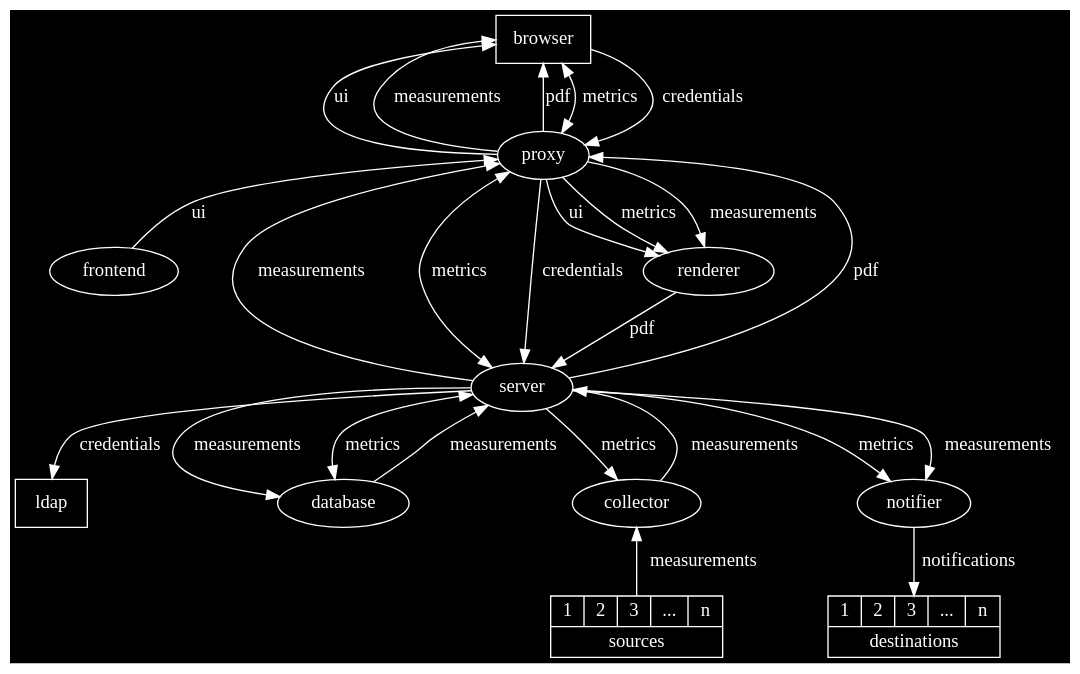
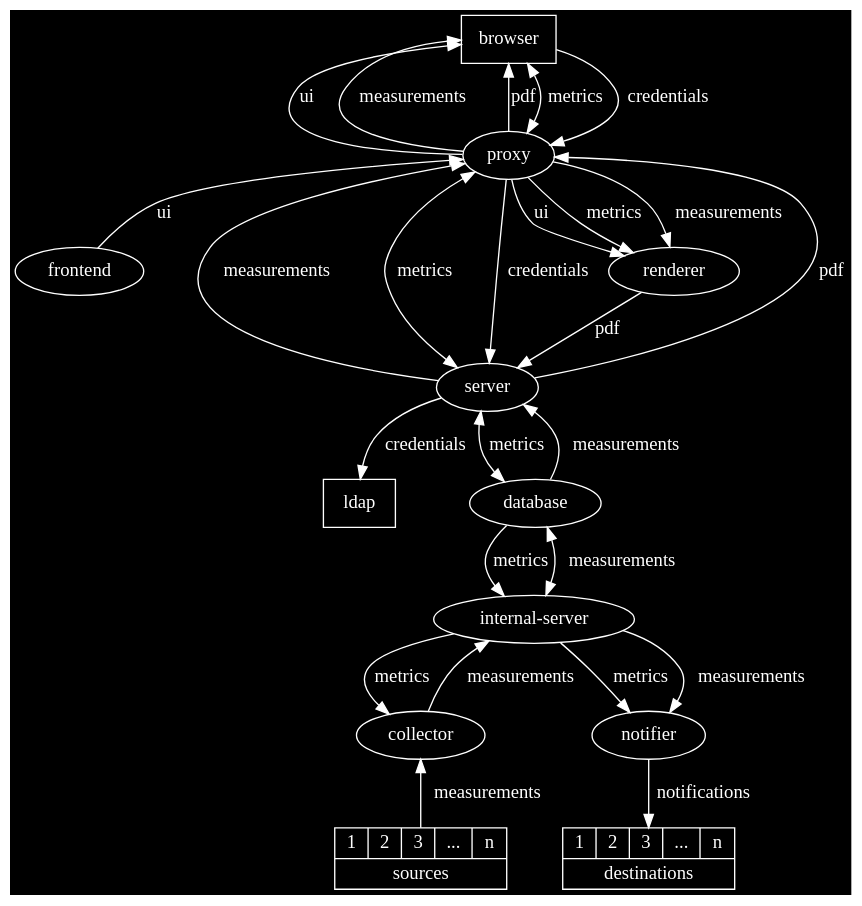
Before and after one commit to ICTU/quality-time: the diagram in docs/src/components-dark.dot, drawn with Graphviz. The commit also changed 74 other files, not shown here.

Commit message:
Add internal-server component.

```diff
--- a/docs/src/components-dark.dot
+++ b/docs/src/components-dark.dot
@@ -1,33 +1,35 @@
 digraph {
   graph [bgcolor=transparant, fontname="SFMono-Regular"]
   node [color=white, fontcolor=white, fontname="SFMono-Regular"]
   edge [color=white, fontcolor=white, fontname="SFMono-Regular"]
   browser [shape=rectangle]
   ldap [shape=rectangle]
+  internal_server [label="internal-server"]
   browser -> proxy [label=ui, dir="back"]
   browser -> proxy [label=measurements, dir="back"]
   browser -> proxy [label=pdf, dir="back"]
   browser -> proxy [label=metrics, dir="both"]
   proxy -> frontend [label=ui, dir="back"]
   proxy -> server [label=measurements, dir="back"]
   proxy -> server [label=metrics, dir="both"]
-  server -> database [label=measurements]
   database -> server [label=measurements]
   server -> database [label=metrics, dir="both"]
-  collector -> server [label=measurements]
-  server -> collector [label=metrics]
+  database -> internal_server [label=metrics]
+  internal_server -> database [label=measurements, dir="both"]
+  collector -> internal_server [label=measurements]
+  internal_server -> collector [label=metrics]
   collector -> source [label=measurements, dir="back"]
-  server -> notifier [label=metrics]
-  server -> notifier [label=measurements]
+  internal_server -> notifier [label=metrics]
+  internal_server -> notifier [label=measurements]
   notifier -> destination [label=notifications]
   proxy -> renderer [label=ui]
   proxy -> renderer [label=metrics]
   proxy -> renderer [label=measurements]
   renderer -> server [label=pdf]
   server -> proxy [label=pdf]
   browser -> proxy [label=credentials]
   proxy -> server [label=credentials]
   server -> ldap [label=credentials]
   source [label="{{1|2|3|...|n}|sources}" shape=record]
   destination [label="{{1|2|3|...|n}|destinations}" shape=record]
 }
```
